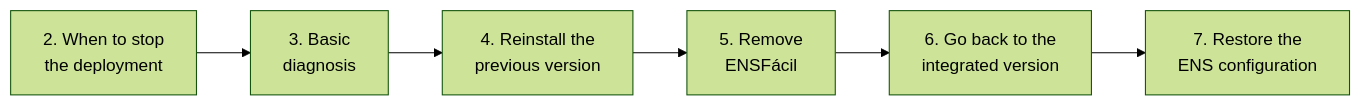
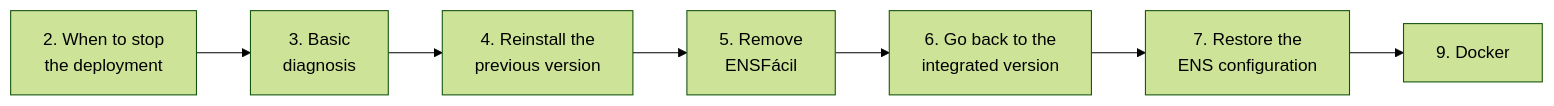
The diagram in docs/deployment/04-troubleshooting-and-rollback.en.md (arseniteio/power-ens), drawn with Mermaid (forest theme) before and after one commit. The commit also changed other lines of this file and 3 other files, not shown here.

````diff
--- a/docs/deployment/04-troubleshooting-and-rollback.en.md
+++ b/docs/deployment/04-troubleshooting-and-rollback.en.md
@@ -13,8 +18,9 @@
 ```mermaid
 flowchart LR
   A["2. When to stop<br/>the deployment"] --> B["3. Basic<br/>diagnosis"]
   B --> C["4. Reinstall the<br/>previous version"]
   C --> D["5. Remove<br/>ENSFácil"]
   D --> E["6. Go back to the<br/>integrated version"]
   E --> F["7. Restore the<br/>ENS configuration"]
+  F --> G["9. Docker"]
 ```
````
